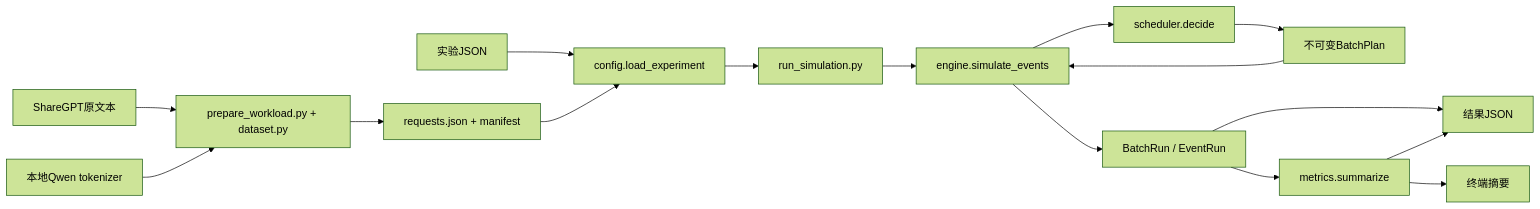
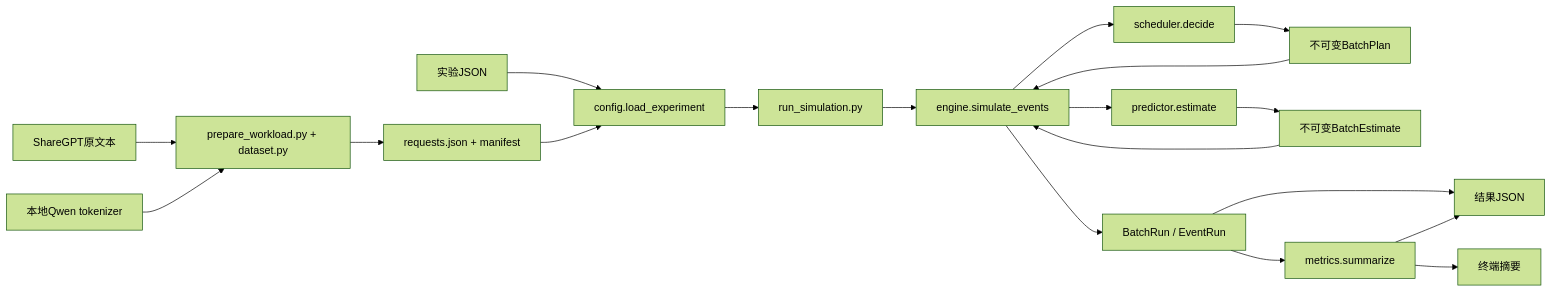
One commit to robin1hub/llm-serving-lab changed the diagram in docs/ARCHITECTURE.md. Above: the diagram before and after it, drawn with Mermaid (forest theme). The commit also changed other lines of this file and 11 other files, not shown here.

````diff
--- a/docs/ARCHITECTURE.md
+++ b/docs/ARCHITECTURE.md
@@ -7,18 +7,21 @@
 ```mermaid
 flowchart LR
     SRC[ShareGPT原文本] --> PREP[prepare_workload.py + dataset.py]
     TOK[本地Qwen tokenizer] --> PREP
     PREP --> W[requests.json + manifest]
     CFG[实验JSON] --> C[config.load_experiment]
     W --> C
     C --> R[run_simulation.py]
     R --> E[engine.simulate_events]
     E --> S[scheduler.decide]
     S --> P[不可变BatchPlan]
     P --> E
+    E --> PR[predictor.estimate]
+    PR --> EST[不可变BatchEstimate]
+    EST --> E
     E --> B[BatchRun / EventRun]
     B --> M[metrics.summarize]
     B --> O[结果JSON]
     M --> O
     M --> T[终端摘要]
 ```
````
